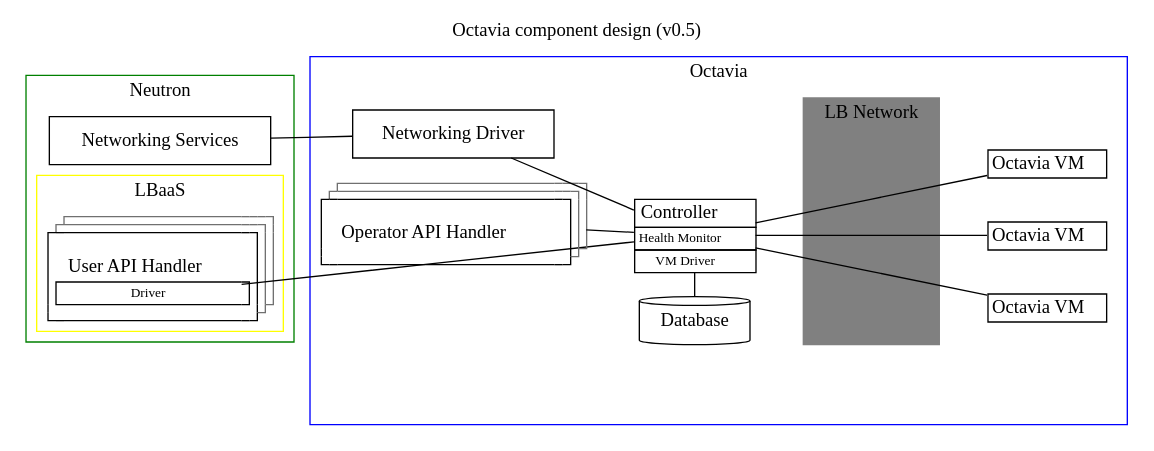
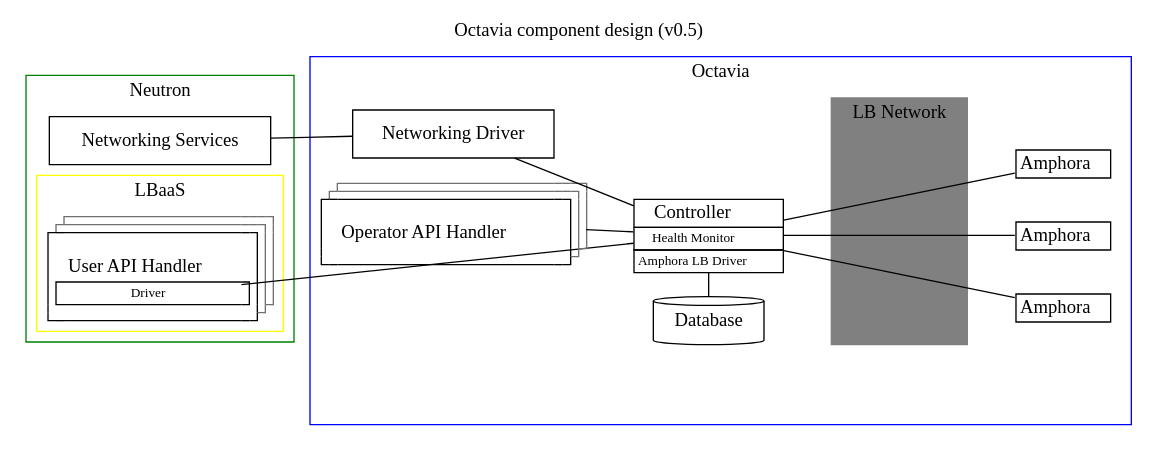
One commit to openstack/octavia changed the diagram in doc/source/design/version0.5/v0.5-component-design.dot. Above: the diagram before and after it, drawn with Graphviz. The commit also changed 1 other file, not shown here.

Commit message:
Updated the Octavia 0.5 spec

```diff
--- a/doc/source/design/version0.5/v0.5-component-design.dot
+++ b/doc/source/design/version0.5/v0.5-component-design.dot
@@ -159,33 +159,33 @@
               <td sides="tlrb"><font point-size="10"> Health Monitor </font></td>
             </tr>
             <tr>
-              <td sides="tlrb"><font point-size="10"> VM Driver </font></td>
+              <td sides="tlrb"><font point-size="10"> Amphora LB Driver </font></td>
             </tr>
           </table>>];
 
         Database [shape=cylinder];
       };
 
-      subgraph cluster_OctaviaVMs2 {
+      subgraph cluster_Amphoras2 {
         label="";
         color="white";
-        id="OctaviaMVs2";
-        OctaviaVM3 [shape=none margin=0 label=
+        id="AmphoraMVs2";
+        Amphora3 [shape=none margin=0 label=
           <<table border="0" cellspacing="0" cellborder="1">
             <tr>
-              <td>Octavia VM</td>
+              <td>Amphora</td>
             </tr>
           </table>>];
-        OctaviaVM4 [shape=none margin=0 label=
+        Amphora4 [shape=none margin=0 label=
           <<table border="0" cellspacing="0" cellborder="1">
             <tr>
-              <td>Octavia VM</td>
+              <td>Amphora</td>
             </tr>
           </table>>];
-        OctaviaVM5 [shape=none margin=0 label=
+        Amphora5 [shape=none margin=0 label=
           <<table border="0" cellspacing="0" cellborder="1">
             <tr>
-              <td>Octavia VM</td>
+              <td>Amphora</td>
             </tr>
           </table>>];
       };
@@ -212,8 +212,8 @@
 
       OperatorAPIHandler -> Controller [dir=none];
       Controller -> LBNetwork [style=invis];
-      LBNetwork -> {OctaviaVM3 OctaviaVM4 OctaviaVM5} [style=invis];
-      Controller -> {OctaviaVM3 OctaviaVM4 OctaviaVM5} [constraint=false dir=none];
+      LBNetwork -> {Amphora3 Amphora4 Amphora5} [style=invis];
+      Controller -> {Amphora3 Amphora4 Amphora5} [constraint=false dir=none];
       Controller -> NetworkingDriver [constraint=false dir=none];
       Controller -> Database [constraint=false dir=none];
 
```
